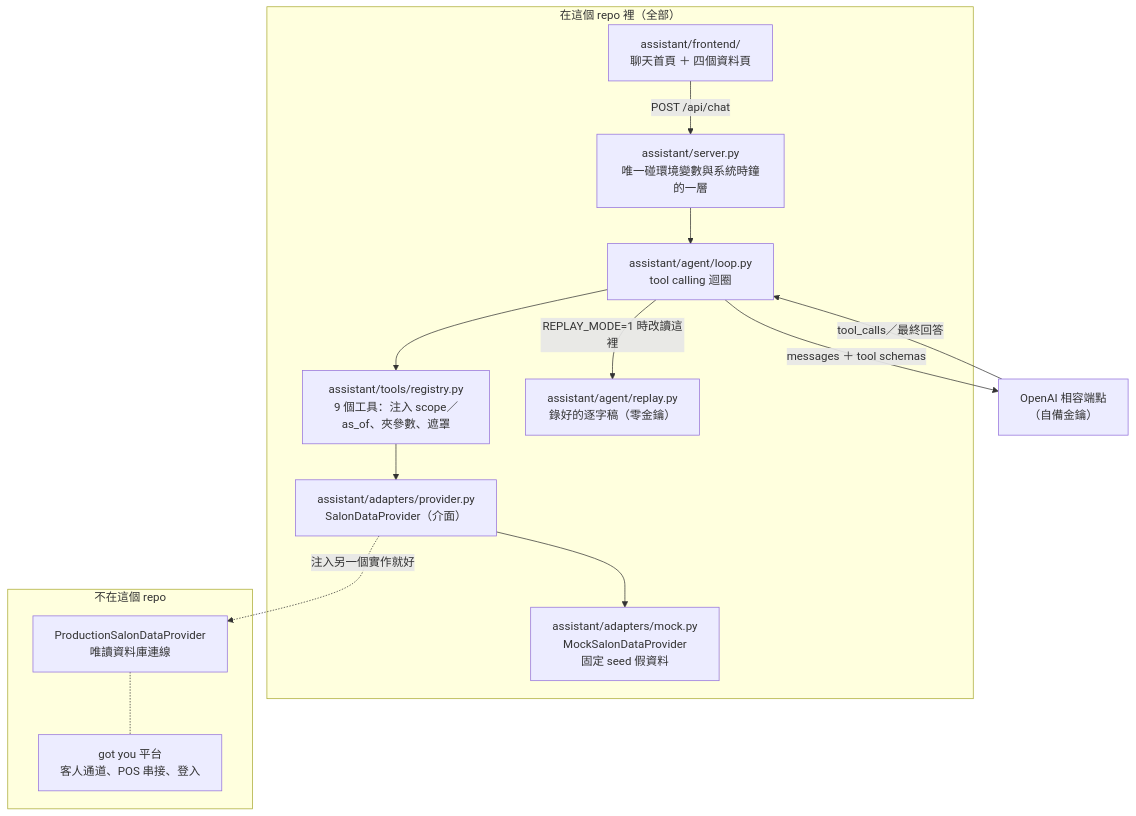
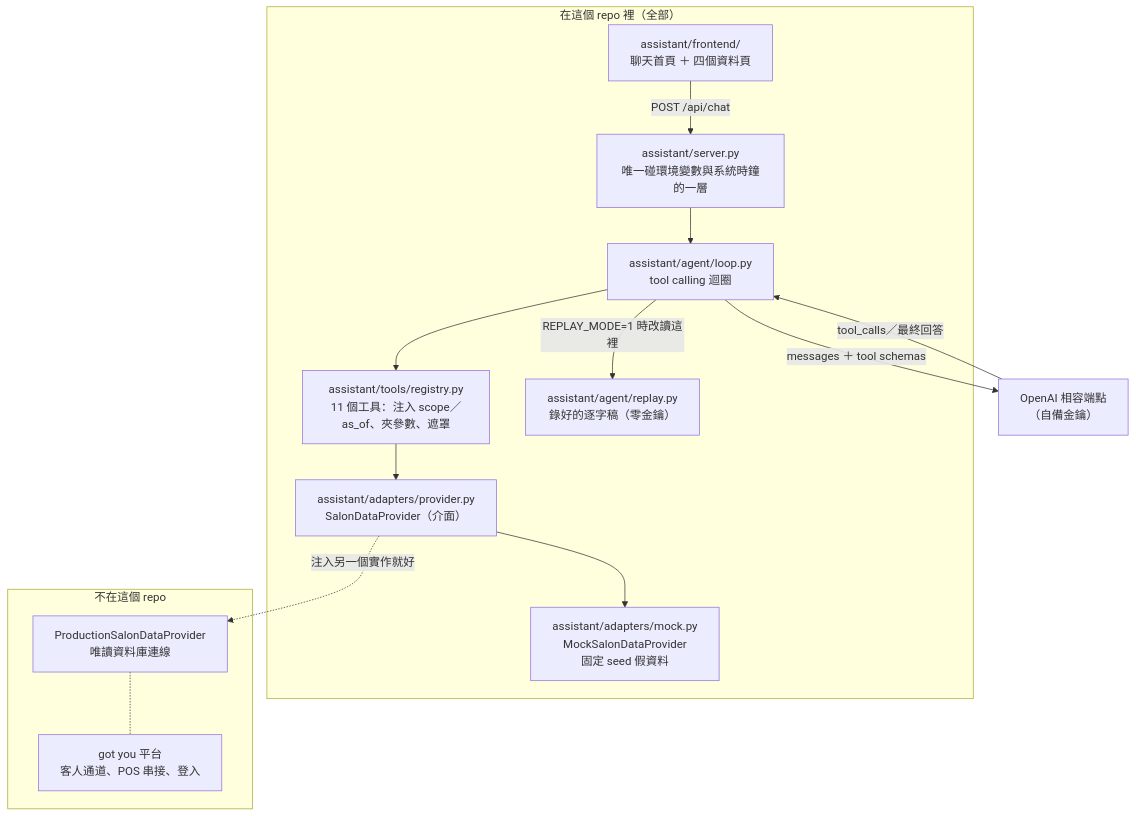
One commit to a0983186600-a11y/hairdresser-ai-assistant changed the diagram in README.md. Above: the diagram before and after it, drawn with Mermaid. The commit also changed other lines of this file and 15 other files, not shown here.

````diff
--- a/README.md
+++ b/README.md
@@ -87,28 +87,28 @@
 ```mermaid
 flowchart TB
     subgraph inrepo["在這個 repo 裡（全部）"]
         UI["assistant/frontend/<br/>聊天首頁 ＋ 四個資料頁"]
         Server["assistant/server.py<br/>唯一碰環境變數與系統時鐘的一層"]
         Loop["assistant/agent/loop.py<br/>tool calling 迴圈"]
-        Tools["assistant/tools/registry.py<br/>9 個工具：注入 scope／as_of、夾參數、遮罩"]
+        Tools["assistant/tools/registry.py<br/>11 個工具：注入 scope／as_of、夾參數、遮罩"]
         Iface["assistant/adapters/provider.py<br/>SalonDataProvider（介面）"]
         Mock["assistant/adapters/mock.py<br/>MockSalonDataProvider<br/>固定 seed 假資料"]
         Replay["assistant/agent/replay.py<br/>錄好的逐字稿（零金鑰）"]
     end
     subgraph outside["不在這個 repo"]
         Prod["ProductionSalonDataProvider<br/>唯讀資料庫連線"]
         Platform["got you 平台<br/>客人通道、POS 串接、登入"]
     end
     Model["OpenAI 相容端點<br/>（自備金鑰）"]
 
     UI -->|"POST /api/chat"| Server
     Server --> Loop
     Loop -->|"messages ＋ tool schemas"| Model
     Model -->|"tool_calls／最終回答"| Loop
     Loop -->|"REPLAY_MODE=1 時改讀這裡"| Replay
     Loop --> Tools
     Tools --> Iface
     Iface --> Mock
     Iface -.->|"注入另一個實作就好"| Prod
     Prod -.- Platform
 ```
````
